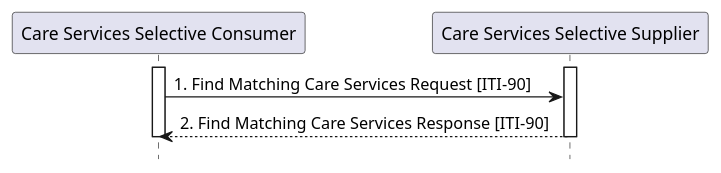
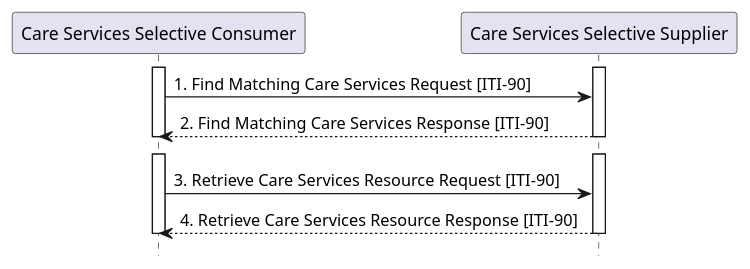
The diagram in input/images-source/ITI-90-seq.plantuml (IHE/ITI.mCSD), drawn with PlantUML before and after one commit. The commit also changed 2 other files, not shown here.

Commit message:
Added in section for a retrieve resource message and updated issues to refer to the addition.  Also added sentence to say search can use GET or POST.

```diff
--- a/input/images-source/ITI-90-seq.plantuml
+++ b/input/images-source/ITI-90-seq.plantuml
@@ -1,11 +1,19 @@
 @startuml
 hide footbox
 participant "Care Services Selective Consumer" as Client
 participant "Care Services Selective Supplier" as Server
 activate Client
 activate Server
 Client -> Server : 1. Find Matching Care Services Request [ITI-90]
 Server --> Client : 2. Find Matching Care Services Response [ITI-90]
 deactivate Client
 deactivate Server
+
+Client -[hidden]> Server
+activate Client
+activate Server
+Client -> Server : 3. Retrieve Care Services Resource Request [ITI-90]
+Server --> Client : 4. Retrieve Care Services Resource Response [ITI-90]
+deactivate Client
+deactivate Server
 @enduml
```
